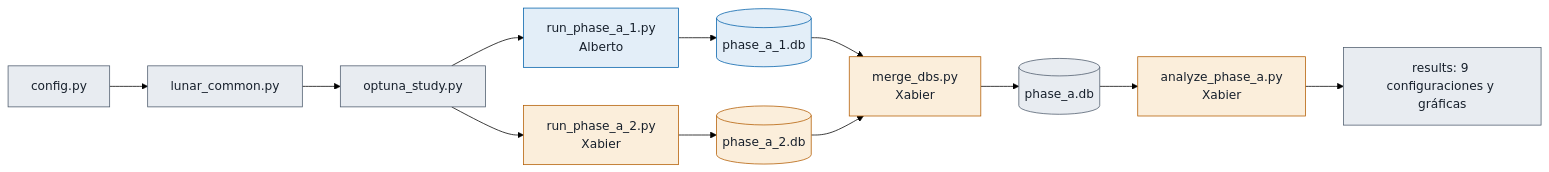
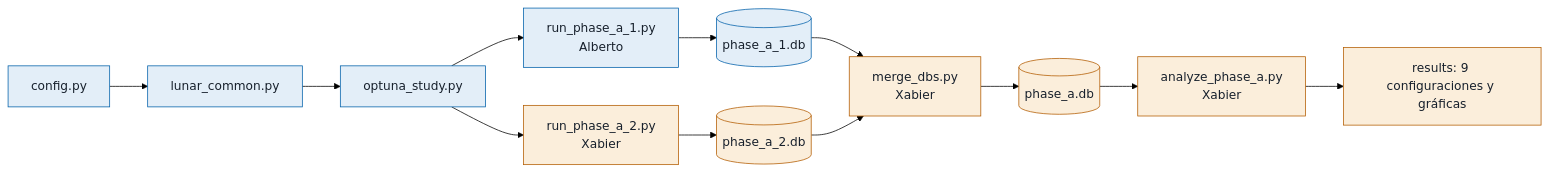
One commit to xabierabadperez/RL-Actividad_01 changed the diagram in ESTADO_EQUIPO.md. Above: the diagram before and after it, drawn with Mermaid (forest theme). The commit also changed other lines of this file, not shown here.

````diff
--- a/ESTADO_EQUIPO.md
+++ b/ESTADO_EQUIPO.md
@@ -80,20 +80,18 @@
 ```mermaid
 flowchart LR
     C[config.py] --> L[lunar_common.py] --> O[optuna_study.py]
     O --> R1[run_phase_a_1.py<br/>Alberto]
     O --> R2[run_phase_a_2.py<br/>Xabier]
     R1 --> D1[(phase_a_1.db)]
     R2 --> D2[(phase_a_2.db)]
     D1 --> M[merge_dbs.py<br/>Xabier]
     D2 --> M
     M --> D[(phase_a.db)]
     D --> A[analyze_phase_a.py<br/>Xabier]
     A --> Z[results: 9 configuraciones y gráficas]
 
-    classDef compartido fill:#e8ecf1,stroke:#4d5b6c,color:#17202c
     classDef alberto fill:#e3eef8,stroke:#0060aa,color:#17202c
     classDef xabier fill:#fbeedb,stroke:#b35c00,color:#17202c
-    class C,L,O,D,Z compartido
-    class R1,D1 alberto
-    class R2,D2,M,A xabier
+    class C,L,O,R1,D1 alberto
+    class R2,D2,M,D,A,Z xabier
 ```
````
